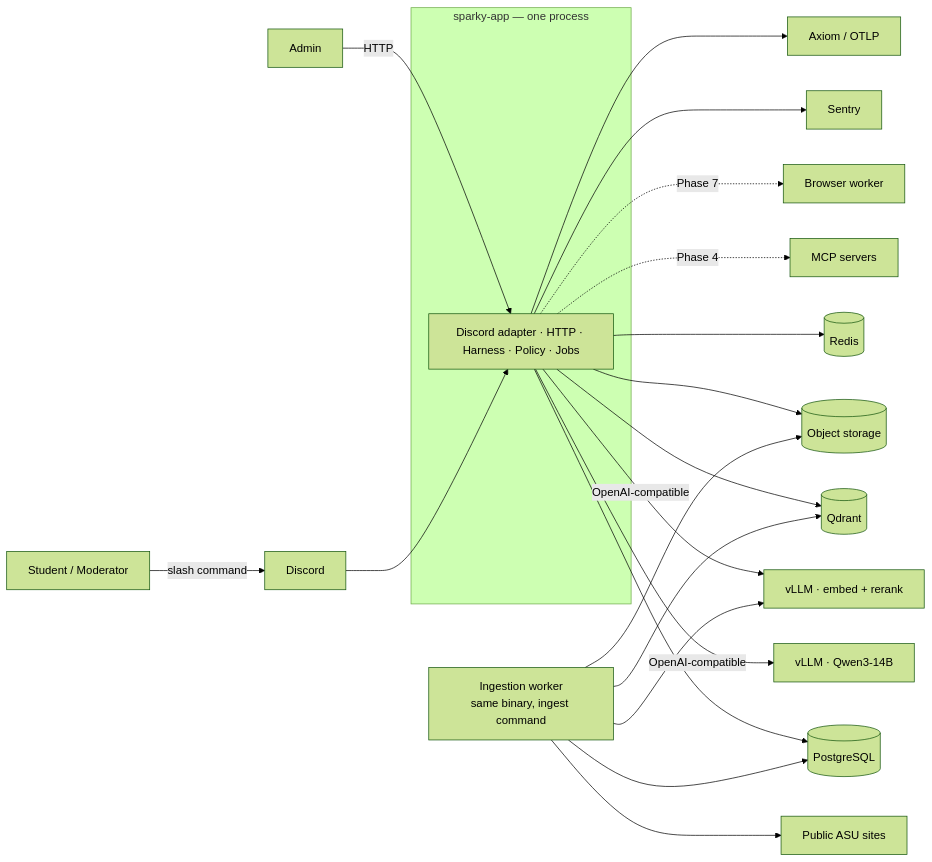
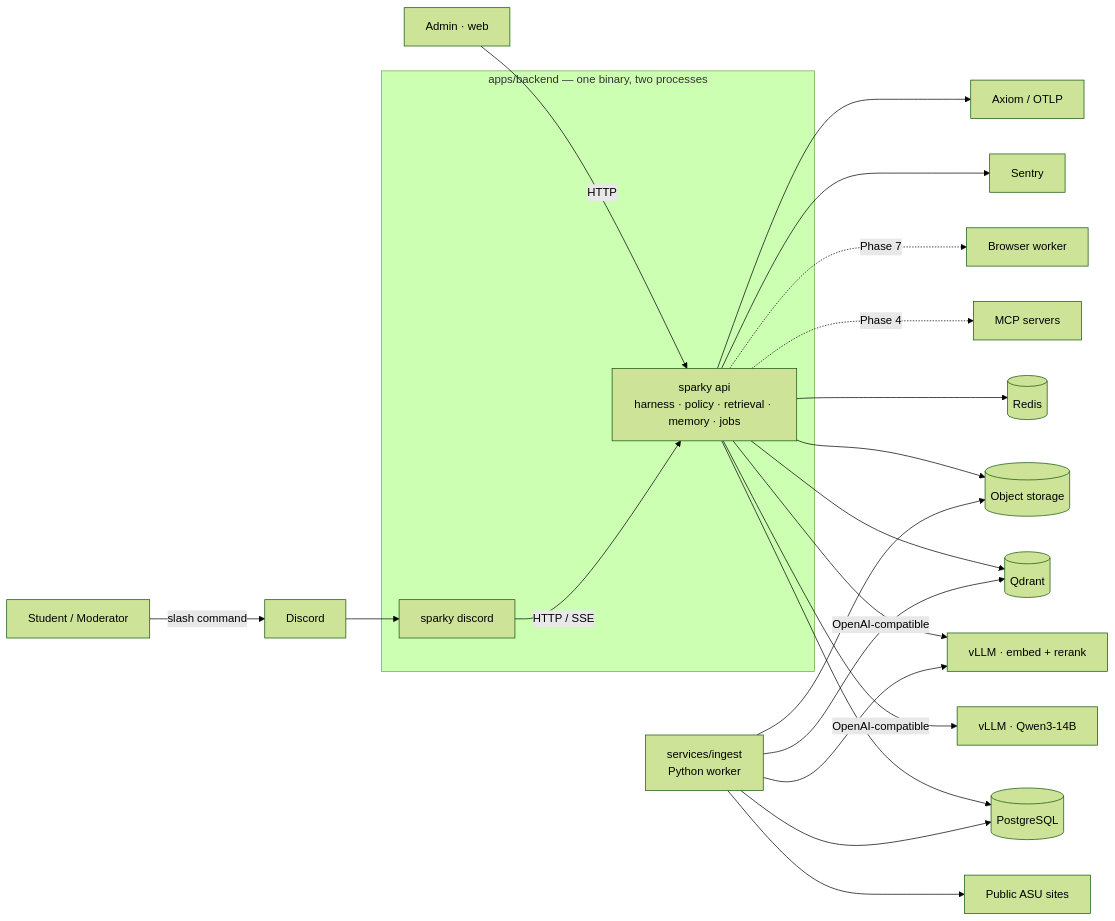
One commit to ashworks1706/SparkyAI changed the first of 9 diagrams in docs/ARCHITECTURE.md. Above: the diagram before and after it, drawn with Mermaid (forest theme). The commit also changed other lines of this file and 129 other files, not shown here.

````diff
--- a/docs/ARCHITECTURE.md
+++ b/docs/ARCHITECTURE.md
@@ -11,28 +11,30 @@
 ```mermaid
 flowchart LR
     U[Student / Moderator] -->|slash command| D[Discord]
-    A[Admin] -->|HTTP| APP
-    D --> APP
+    A[Admin · web] -->|HTTP| APP
 
-    subgraph one_process [sparky-app — one process]
-        APP[Discord adapter · HTTP · Harness · Policy · Jobs]
+    subgraph backend [apps/backend — one binary, two processes]
+        BOT[sparky discord]
+        APP[sparky api<br/>harness · policy · retrieval · memory · jobs]
     end
+    D --> BOT
+    BOT -->|HTTP / SSE| APP
 
     APP -->|OpenAI-compatible| VLLM[vLLM · Qwen3-14B]
     APP -->|OpenAI-compatible| EMB[vLLM · embed + rerank]
     APP --> PG[(PostgreSQL)]
     APP --> RD[(Redis)]
     APP --> QD[(Qdrant)]
     APP --> S3[(Object storage)]
     APP -.->|Phase 4| MCP[MCP servers]
     APP -.->|Phase 7| BW[Browser worker]
 
-    ING[Ingestion worker<br/>same binary, ingest command] --> WEB[Public ASU sites]
+    ING[services/ingest<br/>Python worker] --> WEB[Public ASU sites]
     ING --> PG
     ING --> QD
     ING --> S3
     ING --> EMB
 
     APP --> SEN[Sentry]
     APP --> AX[Axiom / OTLP]
 ```
````
